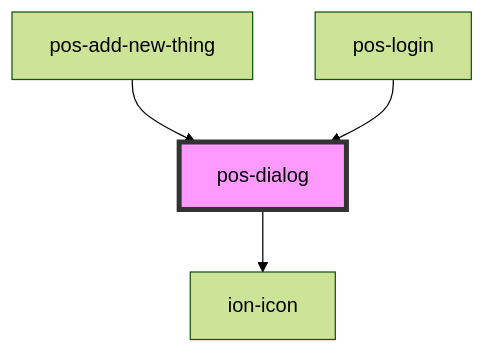
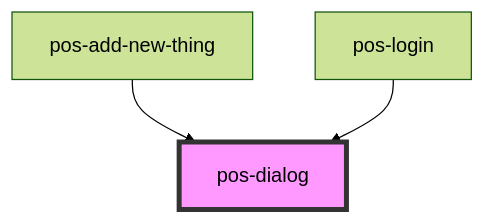
The diagram in docs/elements/components/pos-dialog/readme.md (pod-os/PodOS), drawn with Mermaid (forest theme) before and after one commit. The commit also changed other lines of this file and 31 other files, not shown here.

````diff
--- a/docs/elements/components/pos-dialog/readme.md
+++ b/docs/elements/components/pos-dialog/readme.md
@@ -47,7 +43,6 @@
 ```mermaid
 graph TD;
-  pos-dialog --> ion-icon
   pos-add-new-thing --> pos-dialog
   pos-login --> pos-dialog
   style pos-dialog fill:#f9f,stroke:#333,stroke-width:4px
 ```
````
